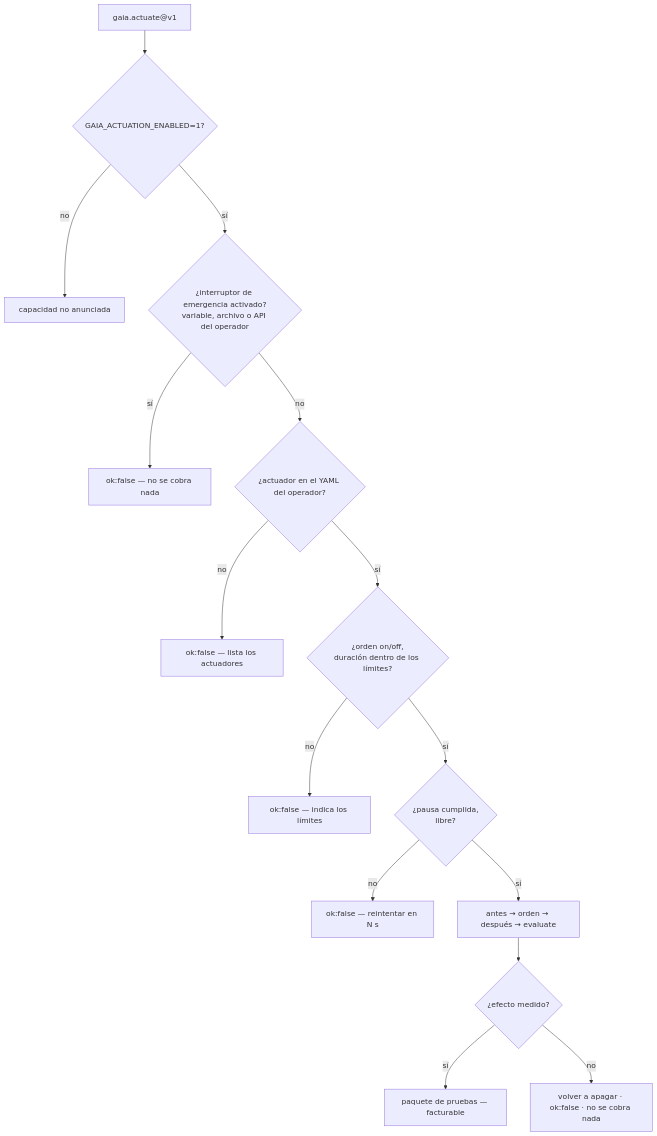
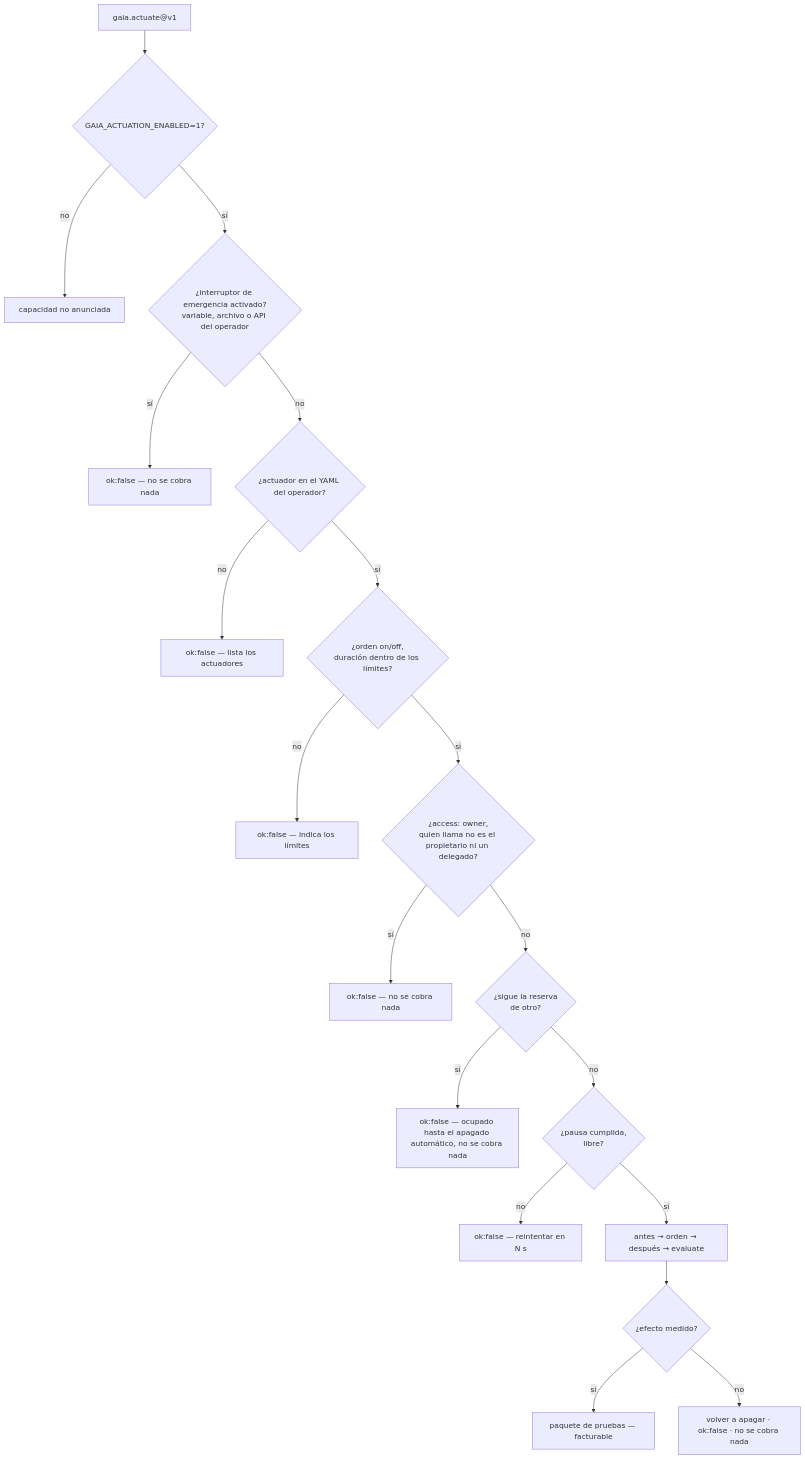
The fourth of 8 diagrams in docs/i18n/ACTUATION.es.md (alexar76/gaia), drawn with Mermaid before and after one commit. The commit also changed other lines of this file and 50 other files, not shown here.

````diff
--- a/docs/i18n/ACTUATION.es.md
+++ b/docs/i18n/ACTUATION.es.md
@@ -152,17 +188,21 @@
 ```mermaid
 flowchart TD
     A["gaia.actuate@v1"] --> B{GAIA_ACTUATION_ENABLED=1?}
     B -- no --> X1[capacidad no anunciada]
     B -- sí --> C{¿interruptor de emergencia activado?<br/>variable, archivo o API del operador}
     C -- sí --> X2[ok:false — no se cobra nada]
     C -- no --> D{¿actuador en el YAML del operador?}
     D -- no --> X3[ok:false — lista los actuadores]
     D -- sí --> E{¿orden on/off,<br/>duración dentro de los límites?}
     E -- no --> X4[ok:false — indica los límites]
-    E -- sí --> F{¿pausa cumplida,<br/>libre?}
+    E -- sí --> AC{"¿access: owner,<br/>quien llama no es el propietario ni un delegado?"}
+    AC -- sí --> X6["ok:false — no se cobra nada"]
+    AC -- no --> L{"¿sigue la reserva<br/>de otro?"}
+    L -- sí --> X7["ok:false — ocupado hasta el apagado automático, no se cobra nada"]
+    L -- no --> F{¿pausa cumplida,<br/>libre?}
     F -- no --> X5[ok:false — reintentar en N s]
     F -- sí --> G[antes → orden → después → evaluate]
     G --> H{¿efecto medido?}
     H -- sí --> OK[paquete de pruebas — facturable]
     H -- no --> OFF[volver a apagar · ok:false · no se cobra nada]
 ```
````
